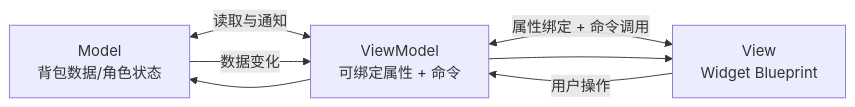
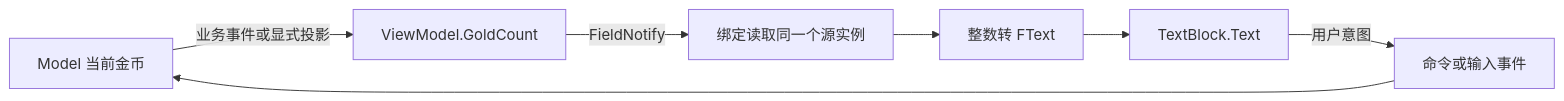
The fourth of 6 diagrams in 知识/05-Gameplay与交互系统/界面设置与无障碍/02-UI数据绑定与MVVM.md (fantuan812/learning), drawn with Mermaid before and after one commit. The commit also changed other lines of this file and 2 other files, not shown here.

````diff
--- a/知识/05-Gameplay与交互系统/界面设置与无障碍/02-UI数据绑定与MVVM.md
+++ b/知识/05-Gameplay与交互系统/界面设置与无障碍/02-UI数据绑定与MVVM.md
@@ -176,7 +100,9 @@
 ```mermaid
 flowchart LR
-    M[Model<br/>背包数据/角色状态] <-->|读取与通知| VM[ViewModel<br/>可绑定属性 + 命令]
-    VM <-->|属性绑定 + 命令调用| V[View<br/>Widget Blueprint]
-    V -->|用户操作| VM --> M
-    M -->|数据变化| VM --> V
+    M[Model 当前金币] -->|业务事件或显式投影| VM[ViewModel.GoldCount]
+    VM -->|FieldNotify| B[绑定读取同一个源实例]
+    B --> T[整数转 FText]
+    T --> V[TextBlock.Text]
+    V -->|用户意图| C[命令或输入事件]
+    C --> M
 ```
````
